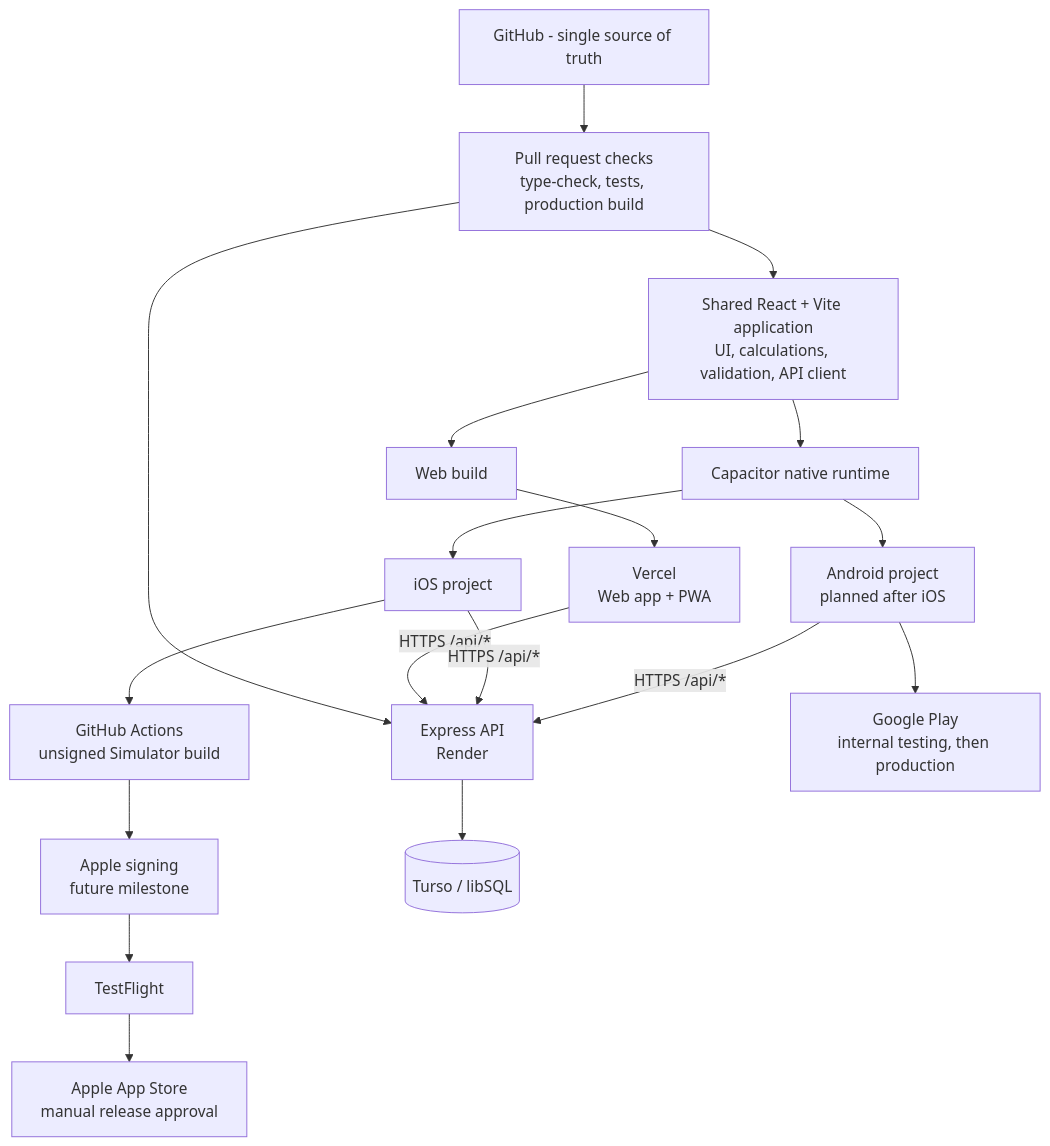
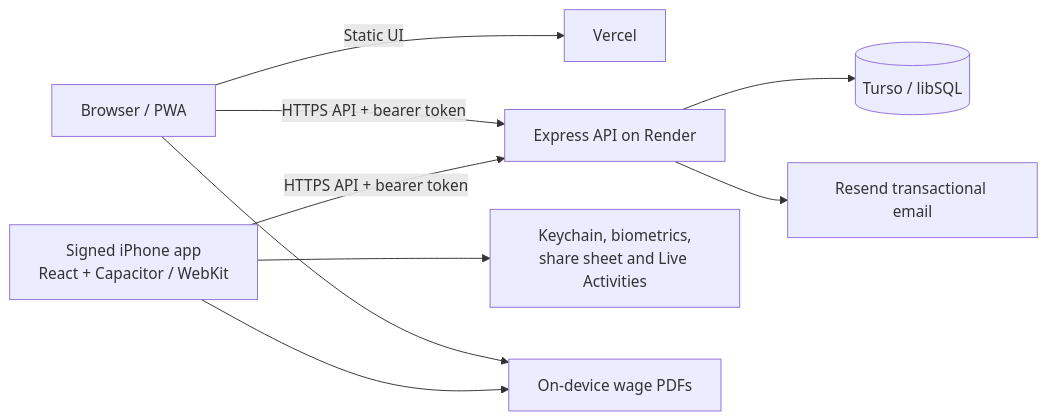
Before and after one commit to Ezaz-Ahmad/WagesTracker: the diagram in README.md, drawn with Mermaid. The commit also changed other lines of this file and 8 other files, not shown here.

````diff
--- a/README.md
+++ b/README.md
@@ -129,24 +78,11 @@
 ```mermaid
-flowchart TD
-    Source["GitHub - single source of truth"] --> CI["Pull request checks<br/>type-check, tests, production build"]
-    CI --> Shared["Shared React + Vite application<br/>UI, calculations, validation, API client"]
-    CI --> API["Express API<br/>Render"]
-
-    Shared --> Web["Web build"]
-    Web --> Vercel["Vercel<br/>Web app + PWA"]
-
-    Shared --> Capacitor["Capacitor native runtime"]
-    Capacitor --> IOS["iOS project"]
-    IOS --> Actions["GitHub Actions<br/>unsigned Simulator build"]
-    Actions --> Signing["Apple signing<br/>future milestone"]
-    Signing --> TestFlight["TestFlight"]
-    TestFlight --> AppStore["Apple App Store<br/>manual release approval"]
-
-    Capacitor --> Android["Android project<br/>planned after iOS"]
-    Android --> Play["Google Play<br/>internal testing, then production"]
-
-    Vercel -->|"HTTPS /api/*"| API
-    IOS -->|"HTTPS /api/*"| API
-    Android -->|"HTTPS /api/*"| API
+flowchart LR
+    Web["Browser / PWA"] -->|"Static UI"| Vercel["Vercel"]
+    Web -->|"HTTPS API + bearer token"| API["Express API on Render"]
+    iOS["Signed iPhone app<br/>React + Capacitor / WebKit"] -->|"HTTPS API + bearer token"| API
     API --> DB[("Turso / libSQL")]
+    API --> Mail["Resend transactional email"]
+    iOS --> Native["Keychain, biometrics,<br/>share sheet and Live Activities"]
+    Web --> PDF["On-device wage PDFs"]
+    iOS --> PDF
 ```
````
